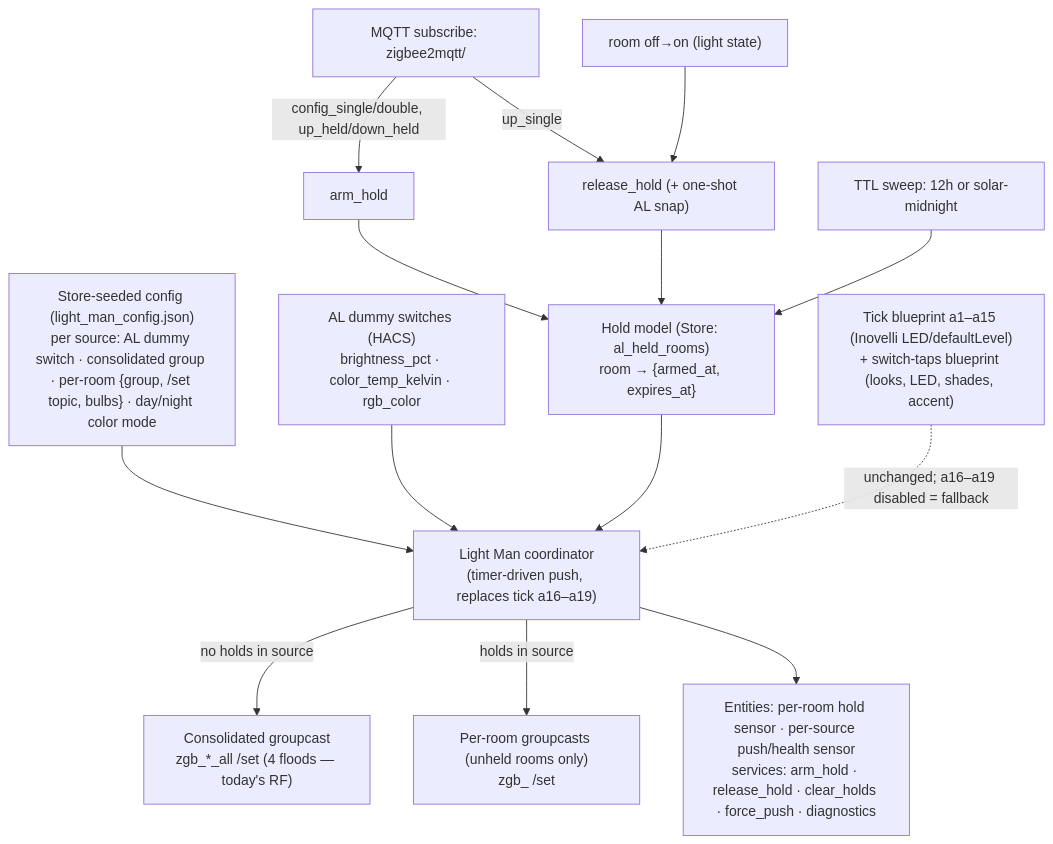
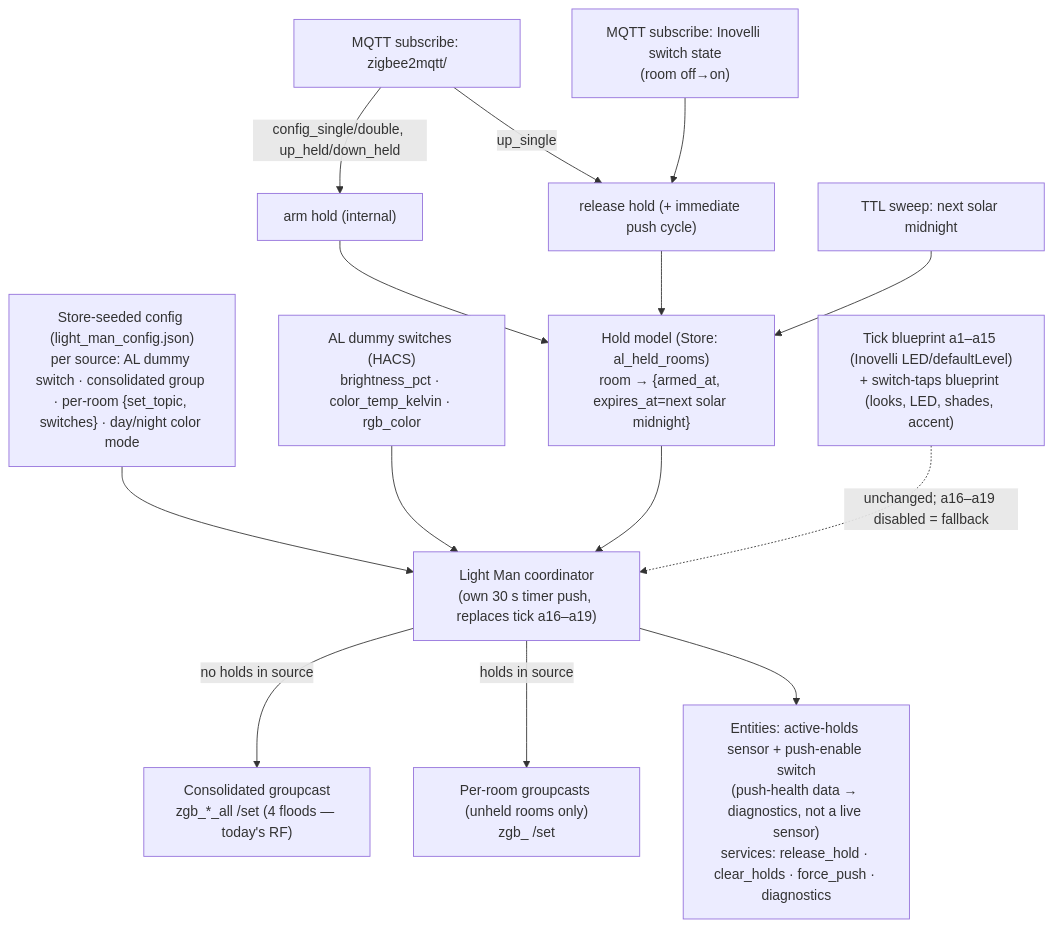
One commit to mnestrud/light-man changed the diagram in docs/PLAN.md. Above: the diagram before and after it, drawn with Mermaid. The commit also changed other lines of this file and 3 other files, not shown here.

````diff
--- a/docs/PLAN.md
+++ b/docs/PLAN.md
@@ -103,16 +109,16 @@
 ```mermaid
 flowchart TD
-    CFG["Store-seeded config (light_man_config.json)<br/>per source: AL dummy switch · consolidated group · per-room {group, /set topic, bulbs} · day/night color mode"] --> CO
-    AL["AL dummy switches (HACS)<br/>brightness_pct · color_temp_kelvin · rgb_color"] --> CO["Light Man coordinator<br/>(timer-driven push, replaces tick a16–a19)"]
-    H["Hold model (Store: al_held_rooms)<br/>room → {armed_at, expires_at}"] --> CO
+    CFG["Store-seeded config (light_man_config.json)<br/>per source: AL dummy switch · consolidated group · per-room {set_topic, switches} · day/night color mode"] --> CO
+    AL["AL dummy switches (HACS)<br/>brightness_pct · color_temp_kelvin · rgb_color"] --> CO["Light Man coordinator<br/>(own 30 s timer push, replaces tick a16–a19)"]
+    H["Hold model (Store: al_held_rooms)<br/>room → {armed_at, expires_at=next solar midnight}"] --> CO
     CO -->|"no holds in source"| GC["Consolidated groupcast<br/>zgb_*_all /set (4 floods — today's RF)"]
     CO -->|"holds in source"| PR["Per-room groupcasts (unheld rooms only)<br/>zgb_<room> /set"]
-    TAP["MQTT subscribe: zigbee2mqtt/<switch>/action"] -->|"config_single/double, up_held/down_held"| ARM["arm_hold"]
-    TAP -->|"up_single"| REL["release_hold (+ one-shot AL snap)"]
-    OFF["room off→on (light state)"] --> REL
+    TAP["MQTT subscribe: zigbee2mqtt/<switch>/action"] -->|"config_single/double, up_held/down_held"| ARM["arm hold (internal)"]
+    TAP -->|"up_single"| REL["release hold (+ immediate push cycle)"]
+    OFF["MQTT subscribe: Inovelli switch state<br/>(room off→on)"] --> REL
     ARM --> H
     REL --> H
-    TTL["TTL sweep: 12h or solar-midnight"] --> H
-    CO --> E["Entities: per-room hold sensor · per-source push/health sensor<br/>services: arm_hold · release_hold · clear_holds · force_push · diagnostics"]
+    TTL["TTL sweep: next solar midnight"] --> H
+    CO --> E["Entities: active-holds sensor + push-enable switch<br/>(push-health data → diagnostics, not a live sensor)<br/>services: release_hold · clear_holds · force_push · diagnostics"]
     BP["Tick blueprint a1–a15 (Inovelli LED/defaultLevel)<br/>+ switch-taps blueprint (looks, LED, shades, accent)"] -. "unchanged; a16–a19 disabled = fallback" .-> CO
 ```
````
